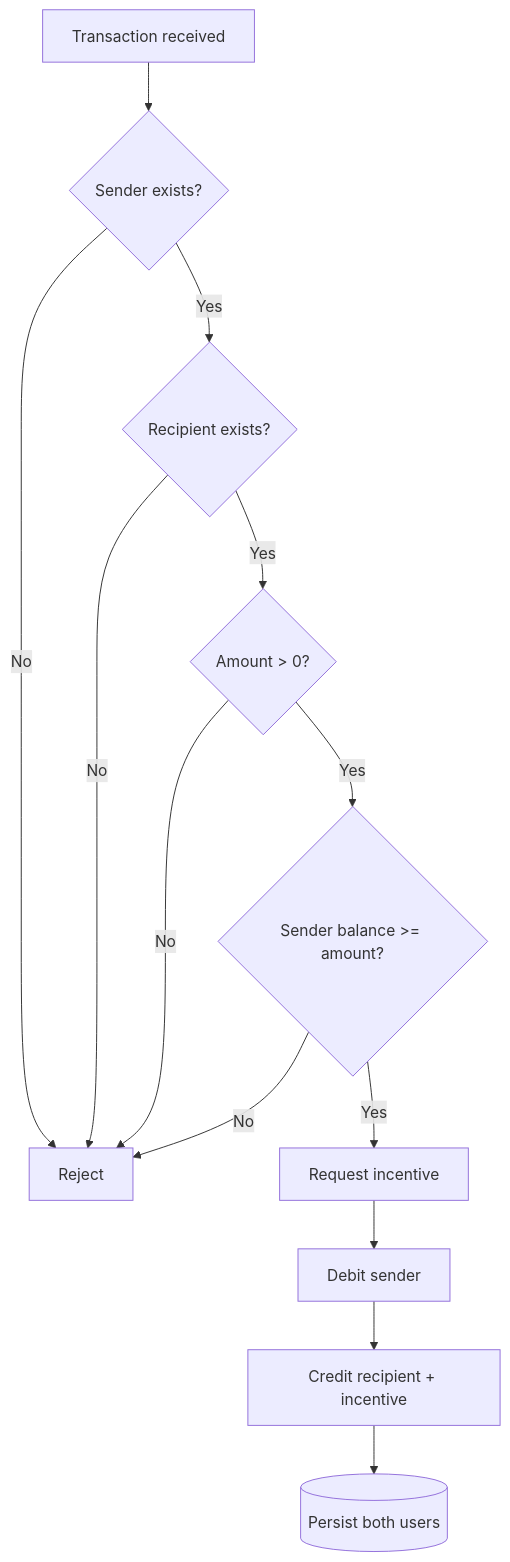
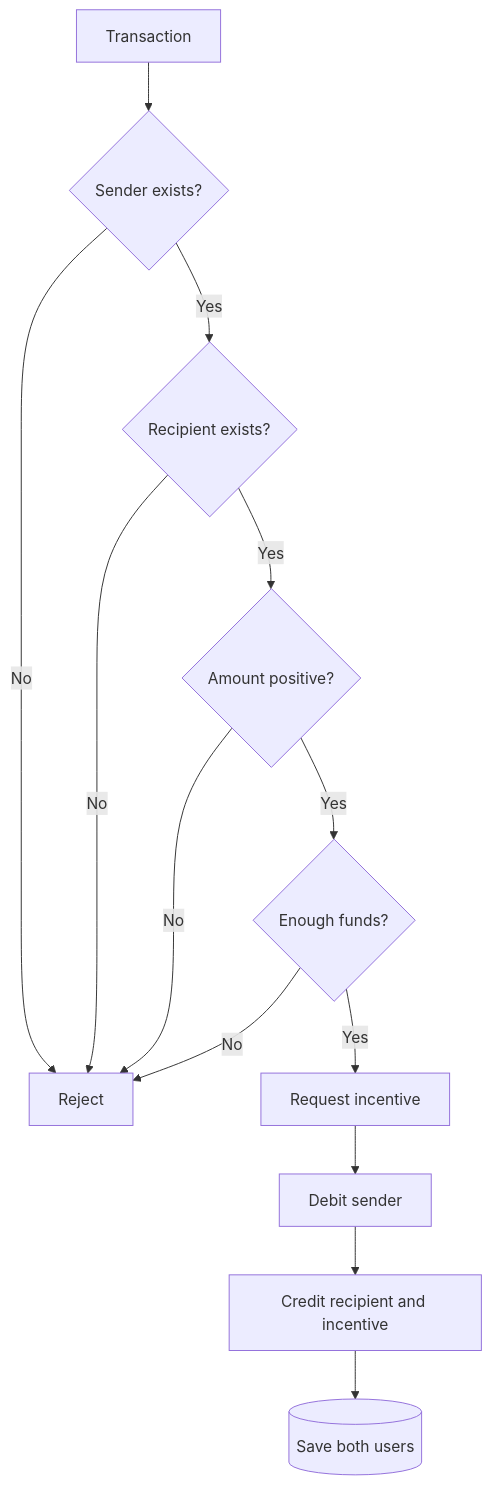
The fourth of 6 diagrams in docs/architecture.md (SidheshwarSarangal/forage-midas), drawn with Mermaid before and after one commit. The commit also changed other lines of this file and 4 other files, not shown here.

````diff
--- a/docs/architecture.md
+++ b/docs/architecture.md
@@ -59,15 +57,15 @@
 ```mermaid
 flowchart TD
-    A[Transaction received] --> B{Sender exists?}
+    A[Transaction] --> B{Sender exists?}
     B -- No --> X[Reject]
     B -- Yes --> C{Recipient exists?}
     C -- No --> X
-    C -- Yes --> D{Amount > 0?}
+    C -- Yes --> D{Amount positive?}
     D -- No --> X
-    D -- Yes --> E{Sender balance >= amount?}
+    D -- Yes --> E{Enough funds?}
     E -- No --> X
     E -- Yes --> F[Request incentive]
     F --> G[Debit sender]
-    G --> H[Credit recipient + incentive]
-    H --> I[(Persist both users)]
+    G --> H[Credit recipient and incentive]
+    H --> I[(Save both users)]
 ```
````
